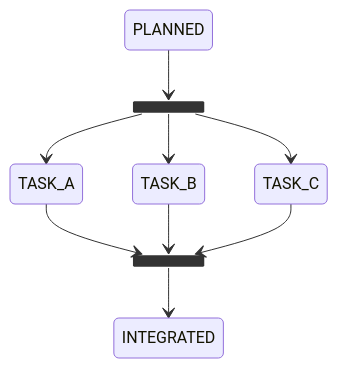
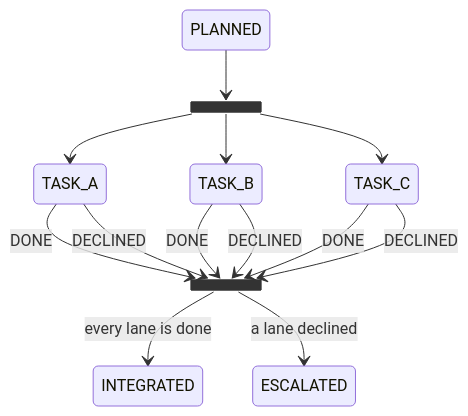
The first of 2 diagrams in plans/a-workflow-runs-on-lanes.md (nicolasmelo1/amy), drawn with Mermaid before and after one commit. The commit also changed other lines of this file and 3 other files, not shown here.

````diff
--- a/plans/a-workflow-runs-on-lanes.md
+++ b/plans/a-workflow-runs-on-lanes.md
@@ -27,14 +27,18 @@
 ```mermaid
 stateDiagram-v2
     state split <<fork>>
     state merge <<join>>
     PLANNED --> split
     split --> TASK_A
     split --> TASK_B
     split --> TASK_C
-    TASK_A --> merge
-    TASK_B --> merge
-    TASK_C --> merge
-    merge --> INTEGRATED
+    TASK_A --> merge: DONE
+    TASK_A --> merge: DECLINED
+    TASK_B --> merge: DONE
+    TASK_B --> merge: DECLINED
+    TASK_C --> merge: DONE
+    TASK_C --> merge: DECLINED
+    merge --> INTEGRATED: every lane is done
+    merge --> ESCALATED: a lane declined
     class TASK_A, TASK_B, TASK_C call
 ```
````
